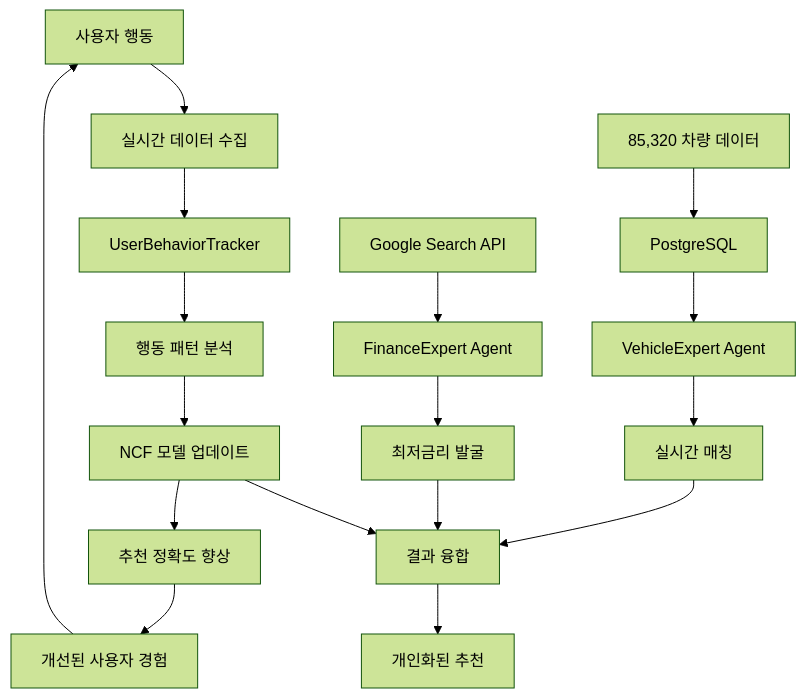
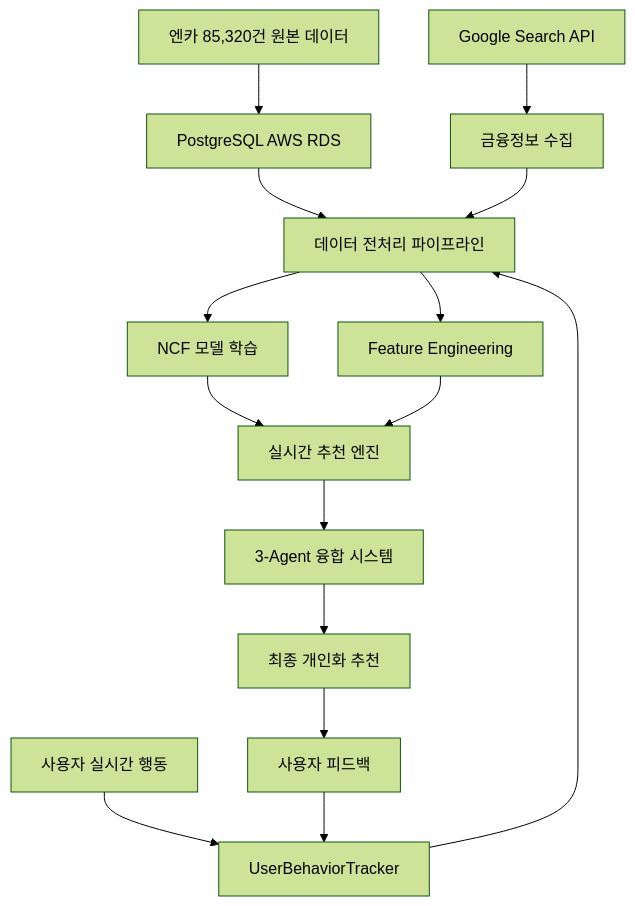
One commit to SeSAC-DA1/CarFin_AI changed the diagram in README.md. Above: the diagram before and after it, drawn with Mermaid (forest theme). The commit also changed other lines of this file, not shown here.

````diff
--- a/README.md
+++ b/README.md
@@ -296,22 +110,22 @@
 ```mermaid
 graph TD
-    A[사용자 행동] --> B[실시간 데이터 수집]
-    B --> C[UserBehaviorTracker]
-    C --> D[행동 패턴 분석]
-    D --> E[NCF 모델 업데이트]
-    E --> F[추천 정확도 향상]
-    F --> G[개선된 사용자 경험]
-    G --> A
+    A[엔카 85,320건 원본 데이터] --> B[PostgreSQL AWS RDS]
+    C[사용자 실시간 행동] --> D[UserBehaviorTracker]
+    E[Google Search API] --> F[금융정보 수집]
 
-    H[85,320 차량 데이터] --> I[PostgreSQL]
-    I --> J[VehicleExpert Agent]
-    J --> K[실시간 매칭]
+    B --> G[데이터 전처리 파이프라인]
+    D --> G
+    F --> G
 
-    L[Google Search API] --> M[FinanceExpert Agent]
-    M --> N[최저금리 발굴]
+    G --> H[NCF 모델 학습]
+    G --> I[Feature Engineering]
 
-    K --> O[결과 융합]
-    N --> O
-    E --> O
-    O --> P[개인화된 추천]
+    H --> J[실시간 추천 엔진]
+    I --> J
+
+    J --> K[3-Agent 융합 시스템]
+    K --> L[최종 개인화 추천]
+
+    L --> M[사용자 피드백]
+    M --> D
 ```
````
